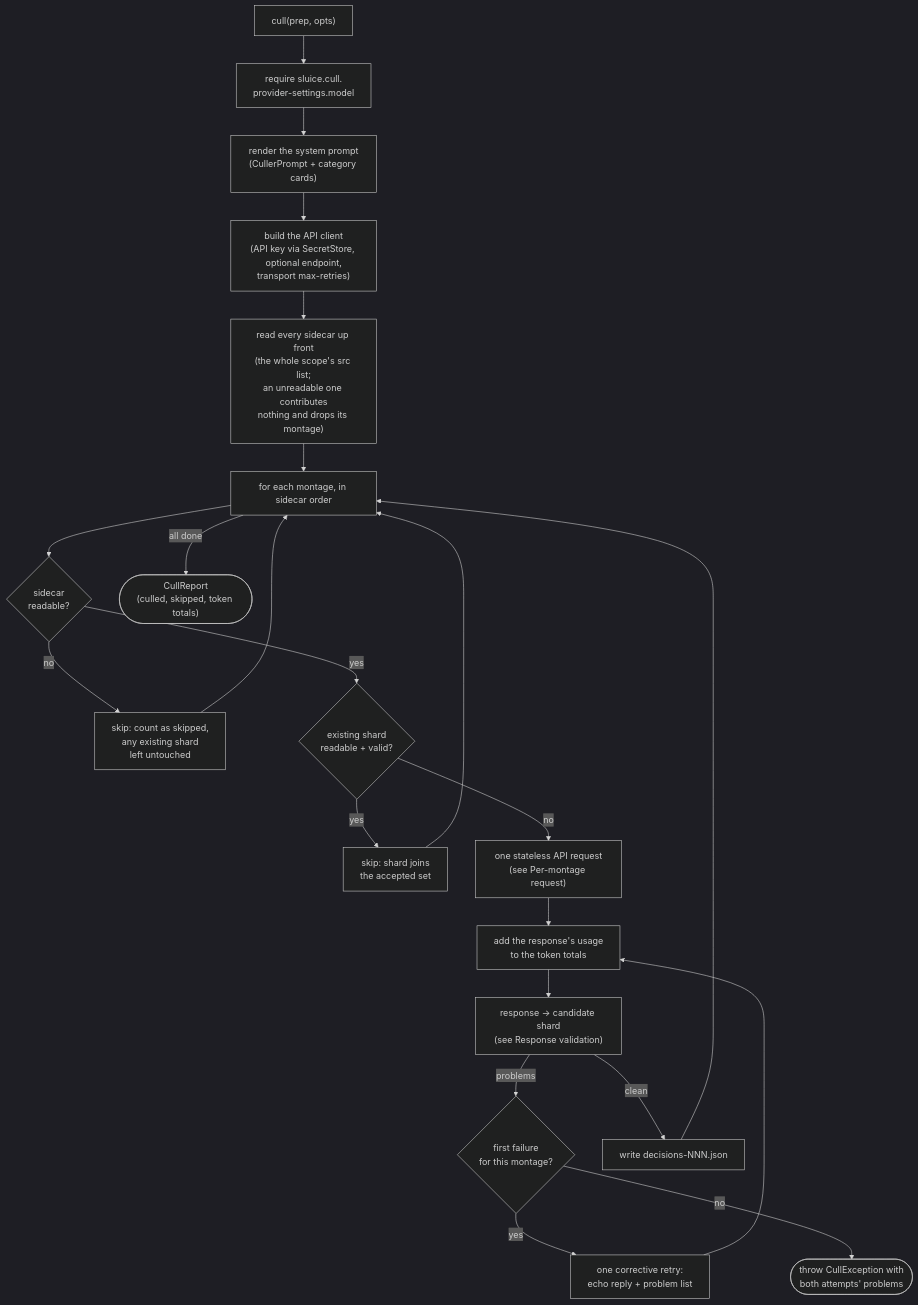
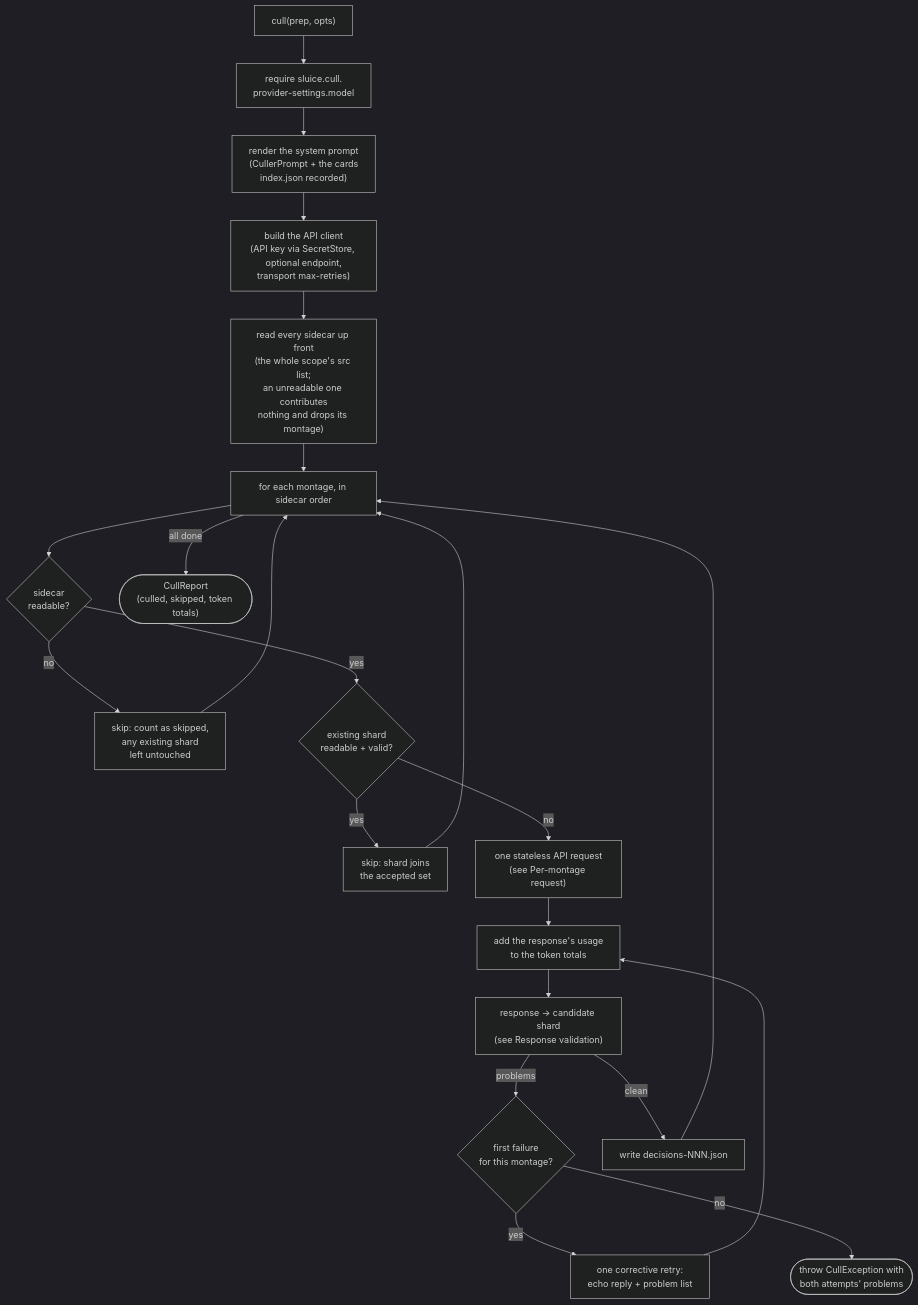
The first of 3 diagrams in app/docs/design/adapter/vision/anthropic-culler.md (AdrianNachev91/sluice), drawn with Mermaid (dark theme) before and after one commit. The commit also changed other lines of this file and 46 other files, not shown here.

````diff
--- a/app/docs/design/adapter/vision/anthropic-culler.md
+++ b/app/docs/design/adapter/vision/anthropic-culler.md
@@ -13,24 +13,24 @@
 ```mermaid
 flowchart TD
     A["cull(prep, opts)"] --> B["require sluice.cull.<br/>provider-settings.model"]
-    B --> C["render the system prompt<br/>(CullerPrompt + category cards)"]
+    B --> C["render the system prompt<br/>(CullerPrompt + the cards<br/>index.json recorded)"]
     C --> D["build the API client<br/>(API key via SecretStore, optional endpoint,<br/>transport max-retries)"]
     D --> W["read every sidecar up front<br/>(the whole scope's src list;<br/>an unreadable one contributes<br/>nothing and drops its montage)"]
     W --> E["for each montage, in sidecar order"]
     E --> Q{"sidecar<br/>readable?"}
     Q -- no --> S2["skip: count as skipped,<br/>any existing shard<br/>left untouched"]
     S2 --> E
     Q -- yes --> R{"existing shard<br/>readable + valid?"}
     R -- yes --> S["skip: shard joins<br/>the accepted set"]
     S --> E
     R -- no --> F["one stateless API request<br/>(see Per-montage request)"]
     F --> J["add the response's usage<br/>to the token totals"]
     J --> G["response -> candidate shard<br/>(see Response validation)"]
     G -- problems --> T{"first failure<br/>for this montage?"}
     T -- yes --> U["one corrective retry:<br/>echo reply + problem list"]
     U --> J
     T -- no --> X(["throw CullException with<br/>both attempts' problems"])
     G -- clean --> I["write decisions-NNN.json"]
     I --> E
     E -- all done --> K(["CullReport<br/>(culled, skipped, token totals)"])
 ```
````
